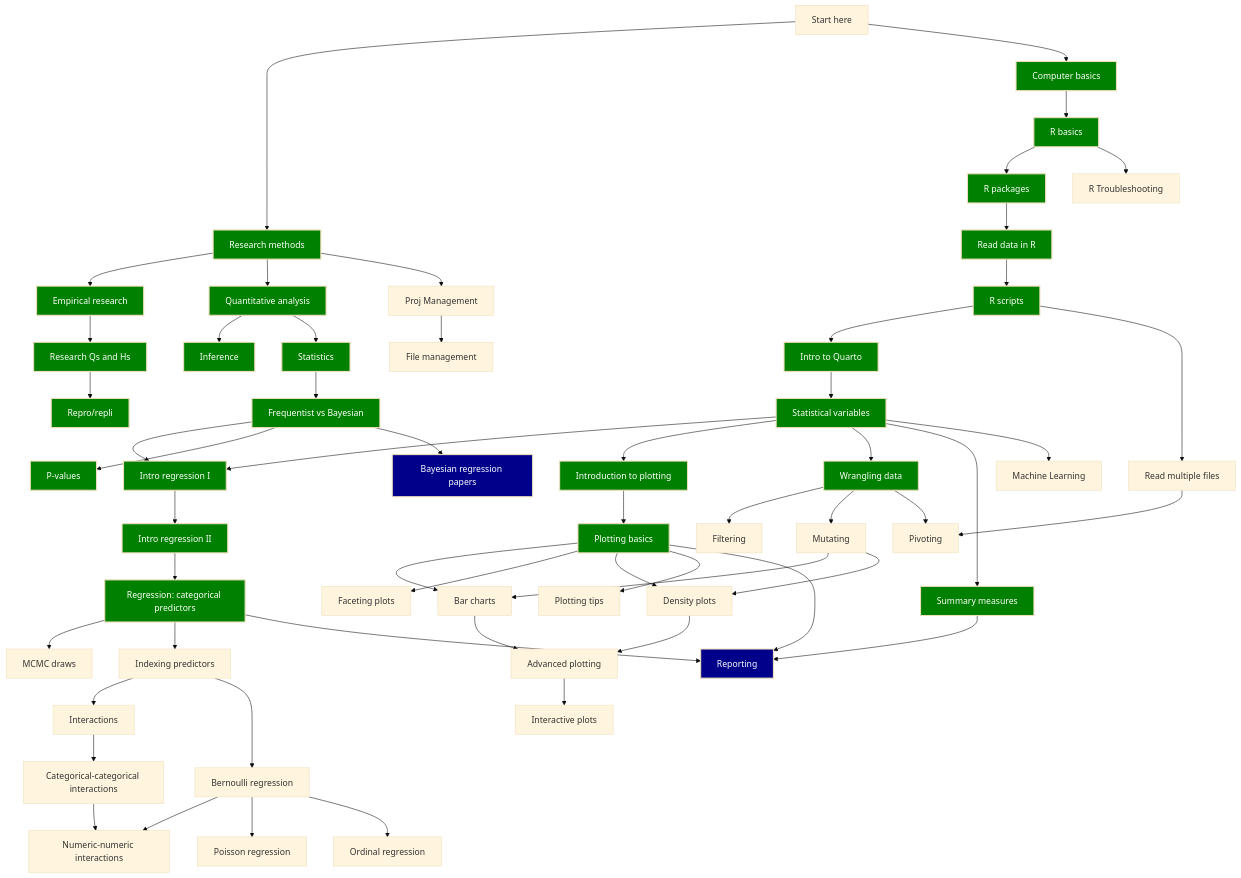
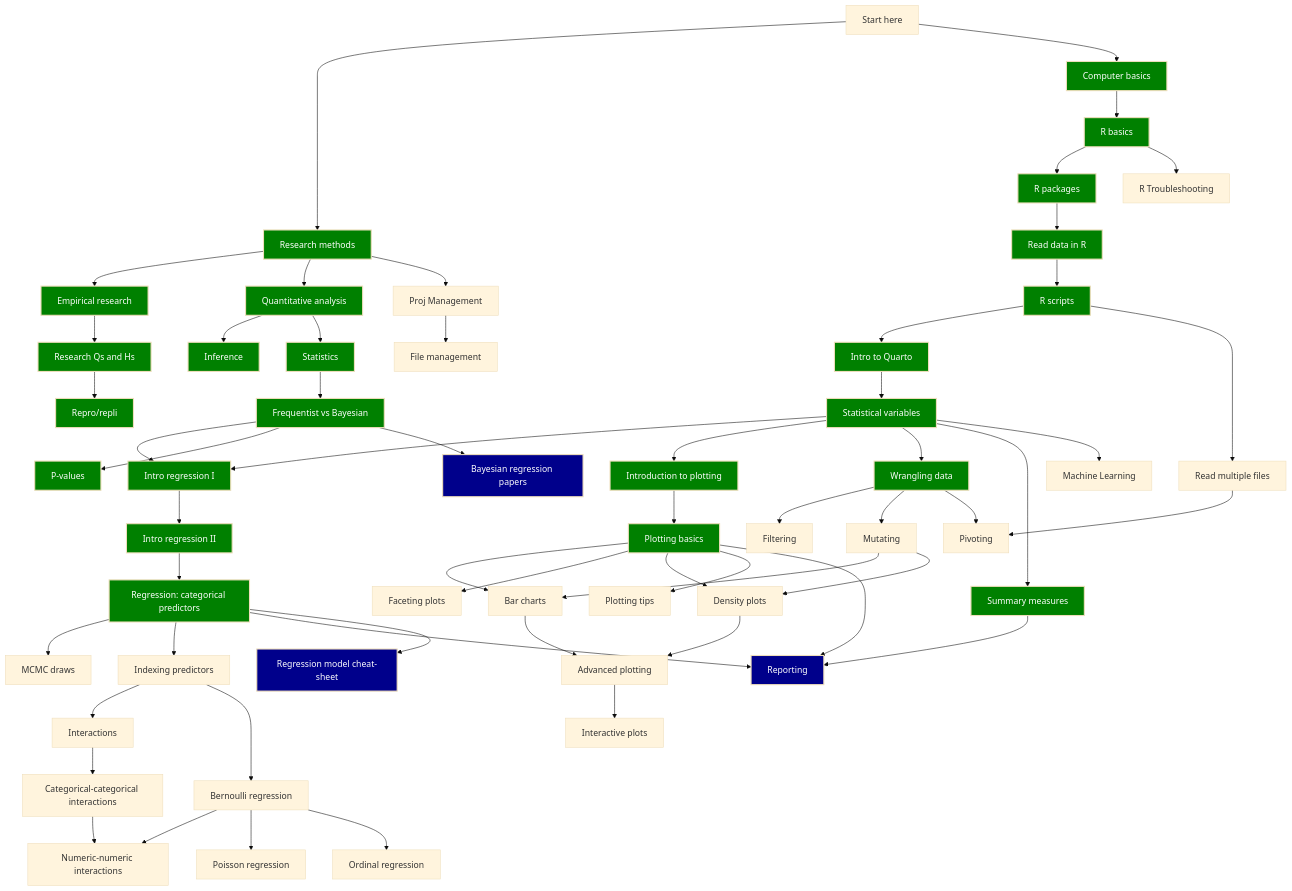
The diagram in map.qmd (uoelel/qml), drawn with Mermaid (base theme) before and after one commit. The commit also changed other lines of this file and 5 other files, not shown here.

Commit message:
add cheat sheet

```diff
--- a/map.qmd
+++ b/map.qmd
@@ -132,6 +132,8 @@
   AV[Bayesian regression papers]
   click AV href "posts/bayes-papers.html" "Go to page"
   style AV fill:#00008B,color:#FFF,stroke-width:2px
+  AX[Regression model cheat-sheet]
+  style AX fill:#00008B,color:#FFF,stroke-width:2px
   
   AW[Reporting]
   click AW href "posts/reporting.html" "Go to page"
@@ -175,7 +177,7 @@
   P --> N & AA
   
   %% Regression
-  J --> R --> S --> T & U & AW
+  J --> R --> S --> T & U & AW & AX
   U --> V & X
   V --> W
   W --> AQ
```
